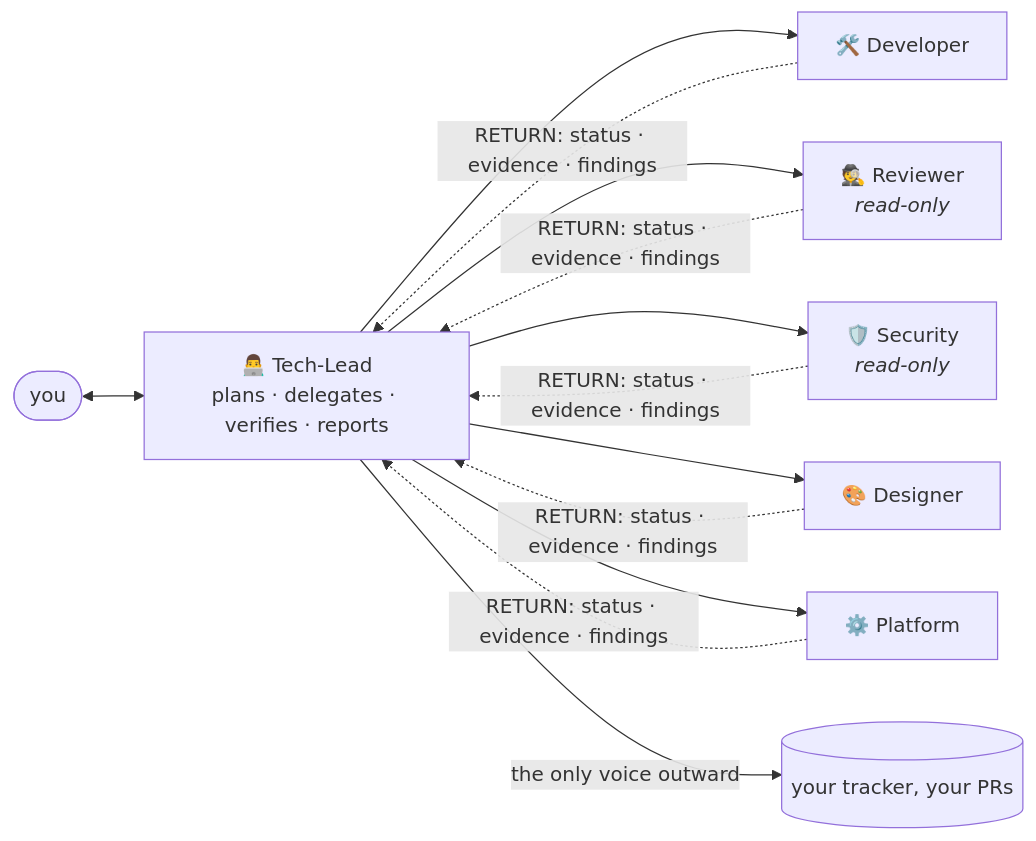
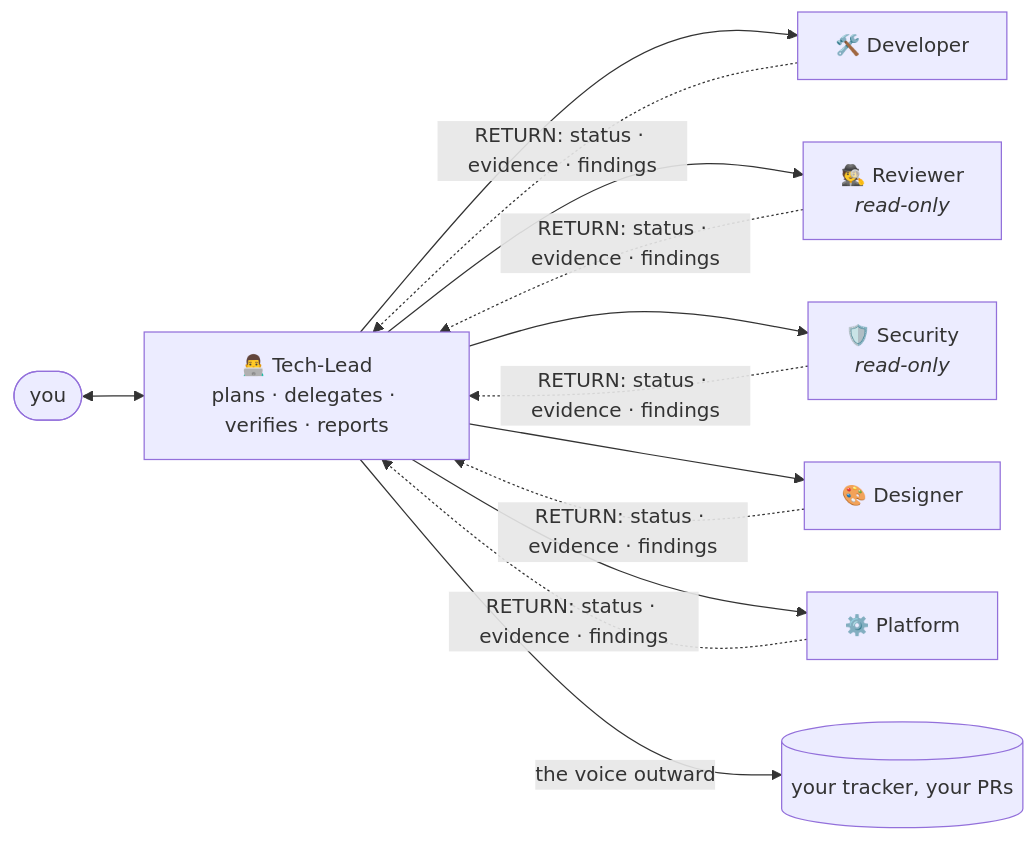
One commit to gnuruzzi/e-colleagues changed the diagram in README.md. Above: the diagram before and after it, drawn with Mermaid. The commit also changed other lines of this file and 51 other files, not shown here.

````diff
--- a/README.md
+++ b/README.md
@@ -48,11 +48,11 @@
 ```mermaid
 flowchart LR
     U([you]) <--> TL["👨‍💻 Tech-Lead<br/>plans · delegates · verifies · reports"]
     TL --> DEV["🛠️ Developer"]
     TL --> REV["🕵️ Reviewer<br/><i>read-only</i>"]
     TL --> SEC["🛡️ Security<br/><i>read-only</i>"]
     TL --> DES["🎨 Designer"]
     TL --> PLT["⚙️ Platform"]
     DEV & REV & SEC & DES & PLT -. RETURN: status · evidence · findings .-> TL
-    TL -- the only voice outward --> EXT[(your tracker, your PRs)]
+    TL -- the voice outward --> EXT[(your tracker, your PRs)]
 ```
````
